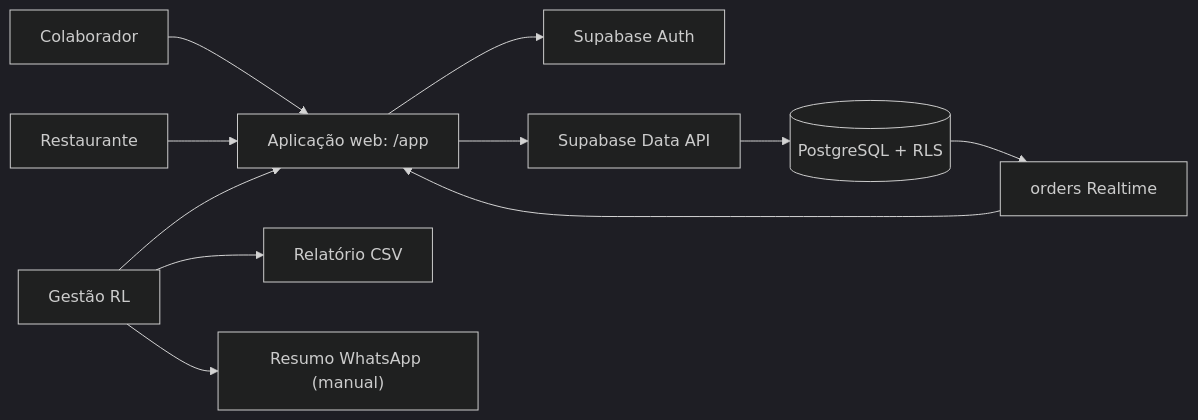
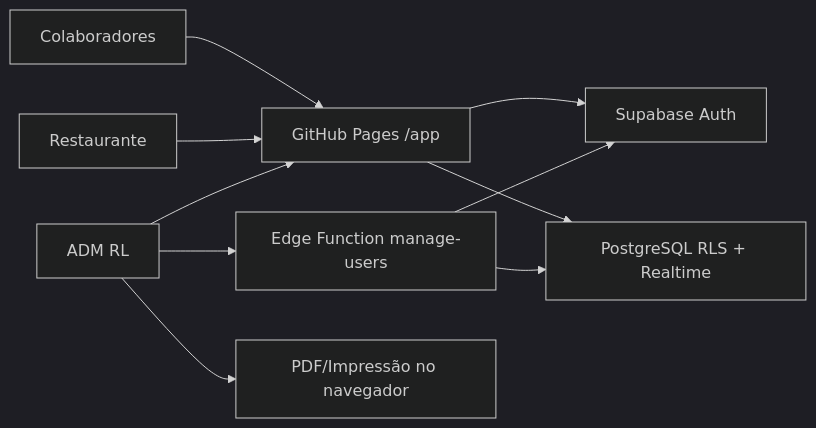
The diagram in docs/03-ARQUITETURA-E-SEGURANCA.md (lionzionion/pedidos-almoco-Rlconstrucoes), drawn with Mermaid (dark theme) before and after one commit. The commit also changed other lines of this file, not shown here.

Commit message:
docs: atualizar manuais para contas ADM/restaurante e relatórios PDF

````diff
--- a/docs/03-ARQUITETURA-E-SEGURANCA.md
+++ b/docs/03-ARQUITETURA-E-SEGURANCA.md
@@ -5,13 +5,12 @@
 ```mermaid
 flowchart LR
-    A["Colaborador"] --> W["Aplicação web: /app"]
-    R["Restaurante"] --> W
-    G["Gestão RL"] --> W
-    W --> S["Supabase Auth"]
-    W --> D["Supabase Data API"]
-    D --> P[("PostgreSQL + RLS")]
-    P --> E["orders Realtime"]
-    E --> W
-    G --> C["Relatório CSV"]
-    G --> X["Resumo WhatsApp (manual)"]
+  A["Colaboradores"] --> WEB["GitHub Pages /app"]
+  R["Restaurante"] --> WEB
+  G["ADM RL"] --> WEB
+  WEB --> AUTH["Supabase Auth"]
+  WEB --> DB["PostgreSQL RLS + Realtime"]
+  G --> FN["Edge Function manage-users"]
+  FN --> AUTH
+  FN --> DB
+  G --> PDF["PDF/Impressão no navegador"]
 ```
````
